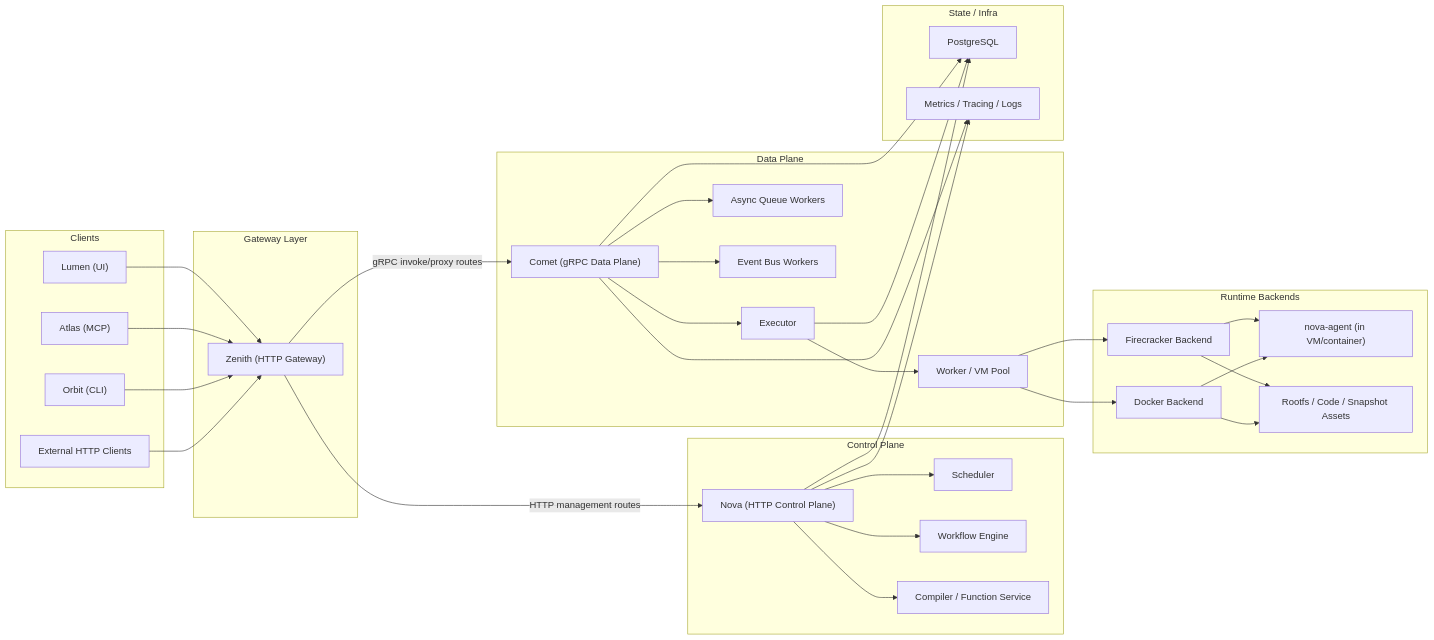
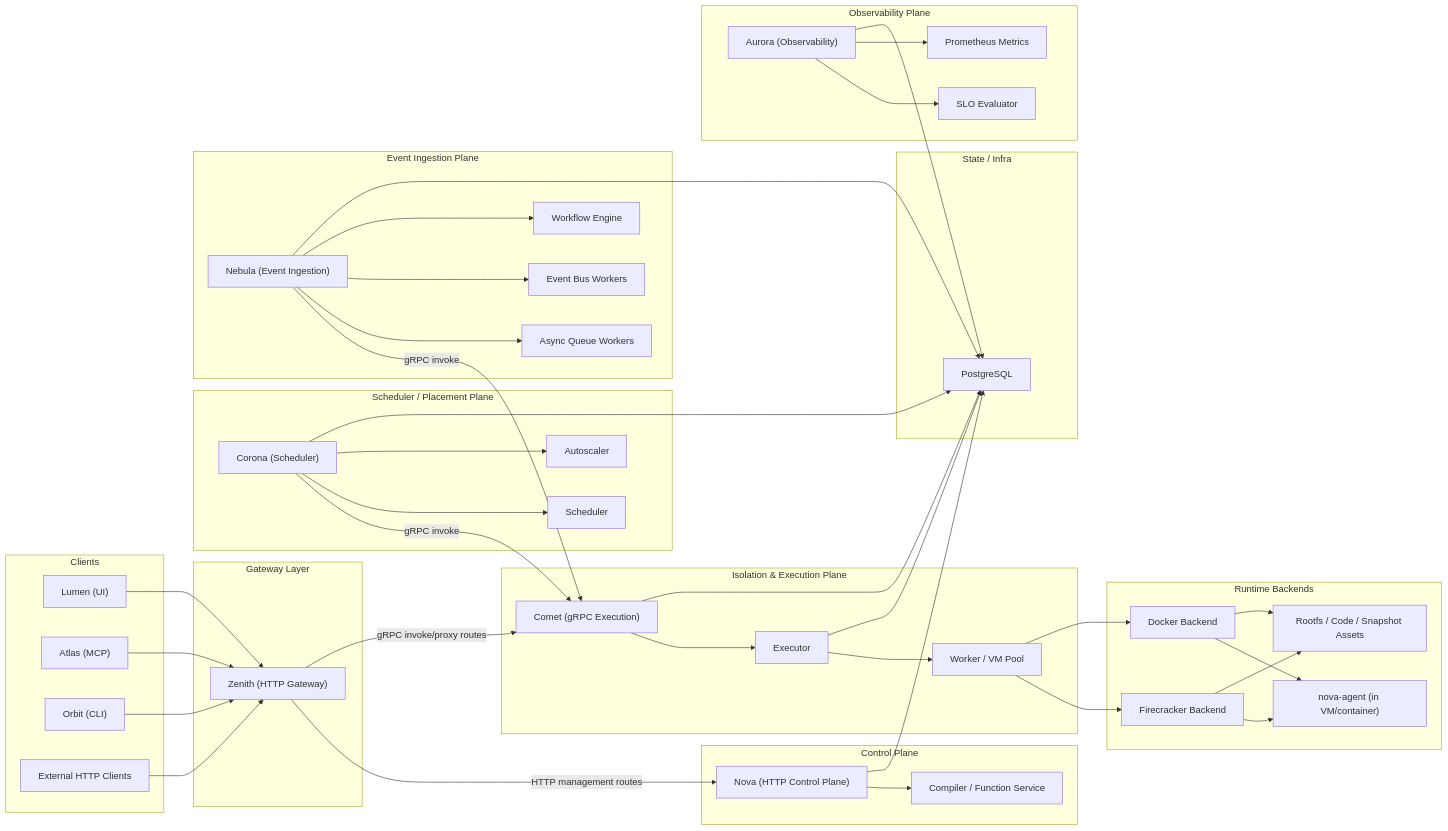
The diagram in README.md (oriys/nova), drawn with Mermaid before and after one commit. The commit also changed other lines of this file and 1 other file, not shown here.

Commit message:
Update README.md and CLAUDE.md with 5-plane architecture documentation

```diff
--- a/README.md
+++ b/README.md
@@ -151,17 +157,32 @@
 
     subgraph "Control Plane"
         nova["Nova (HTTP Control Plane)"]
-        scheduler["Scheduler"]
-        workflow["Workflow Engine"]
         compiler["Compiler / Function Service"]
     end
 
-    subgraph "Data Plane"
-        comet["Comet (gRPC Data Plane)"]
+    subgraph "Isolation & Execution Plane"
+        comet["Comet (gRPC Execution)"]
         executor["Executor"]
         pool["Worker / VM Pool"]
+    end
+
+    subgraph "Scheduler / Placement Plane"
+        corona["Corona (Scheduler)"]
+        scheduler["Scheduler"]
+        autoscaler["Autoscaler"]
+    end
+
+    subgraph "Event Ingestion Plane"
+        nebula["Nebula (Event Ingestion)"]
         asyncq["Async Queue Workers"]
         eventbus["Event Bus Workers"]
+        workflow["Workflow Engine"]
+    end
+
+    subgraph "Observability Plane"
+        aurora["Aurora (Observability)"]
+        slo["SLO Evaluator"]
+        prom["Prometheus Metrics"]
     end
 
     subgraph "Runtime Backends"
@@ -173,7 +194,6 @@
 
     subgraph "State / Infra"
         pg["PostgreSQL"]
-        obs["Metrics / Tracing / Logs"]
     end
 
     lumen --> zenith
@@ -184,17 +204,26 @@
     zenith -->|"HTTP management routes"| nova
     zenith -->|"gRPC invoke/proxy routes"| comet
 
-    nova --> scheduler
-    nova --> workflow
     nova --> compiler
     nova --> pg
-    nova --> obs
 
     comet --> executor
-    comet --> asyncq
-    comet --> eventbus
     comet --> pg
-    comet --> obs
+
+    corona -->|"gRPC invoke"| comet
+    corona --> scheduler
+    corona --> autoscaler
+    corona --> pg
+
+    nebula -->|"gRPC invoke"| comet
+    nebula --> asyncq
+    nebula --> eventbus
+    nebula --> workflow
+    nebula --> pg
+
+    aurora --> slo
+    aurora --> prom
+    aurora --> pg
 
     executor --> pool
     executor --> pg
```
